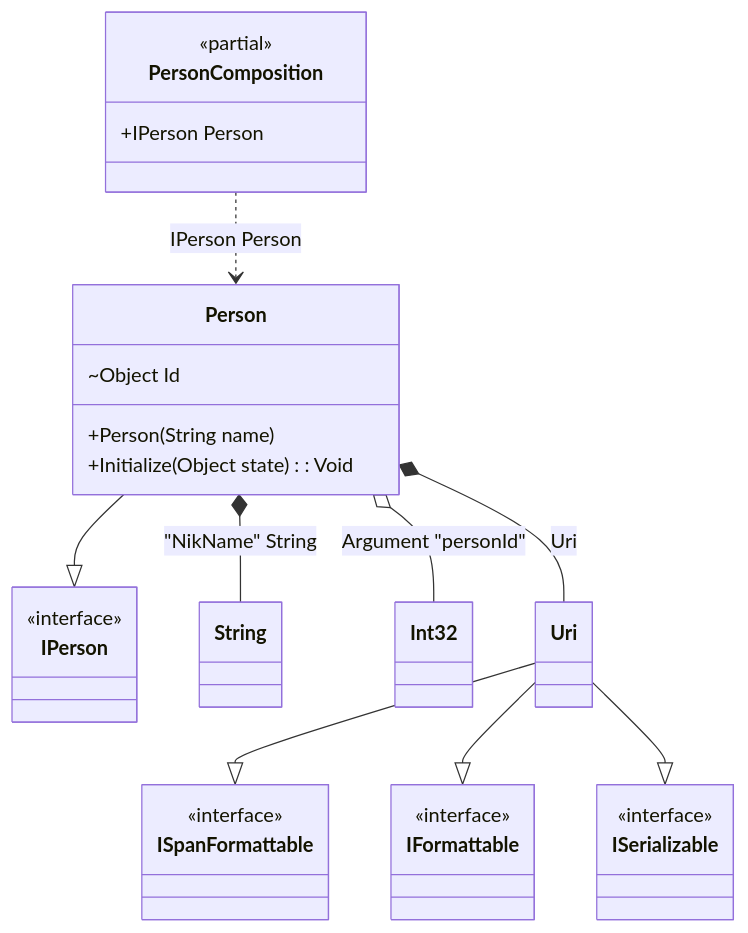
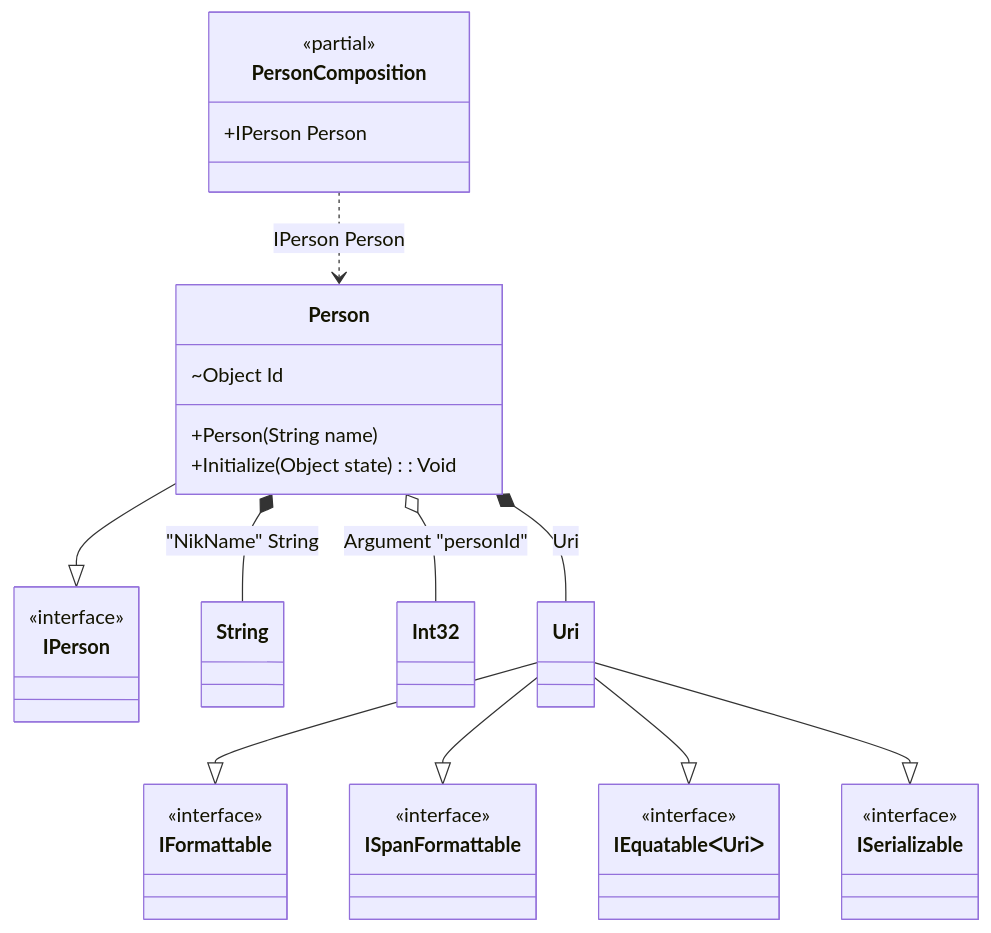
One commit to DevTeam/Pure.DI changed the diagram in readme/custom-attributes.md. Above: the diagram before and after it, drawn with Mermaid. The commit also changed 91 other files, not shown here.

````diff
--- a/readme/custom-attributes.md
+++ b/readme/custom-attributes.md
@@ -111,35 +111,39 @@
 ```mermaid
 classDiagram
 	class PersonComposition {
 		<<partial>>
 		+IPerson Person
 	}
 	Person --|> IPerson
 	class Person {
 		+Person(String name)
 		~Object Id
 		+Initialize(Object state) : Void
 	}
 	class String
 	class Int32
+	Uri --|> IFormattable
 	Uri --|> ISpanFormattable
-	Uri --|> IFormattable
+	Uri --|> IEquatableᐸUriᐳ
 	Uri --|> ISerializable
 	class Uri
 	class IPerson {
 		<<interface>>
 	}
+	class IFormattable {
+		<<interface>>
+	}
 	class ISpanFormattable {
 		<<interface>>
 	}
-	class IFormattable {
+	class IEquatableᐸUriᐳ {
 		<<interface>>
 	}
 	class ISerializable {
 		<<interface>>
 	}
 	PersonComposition ..> Person : IPerson Person
 	Person *--  String : "NikName"  String
 	Person o-- Int32 : Argument "personId"
 	Person *--  Uri : Uri
 ```
````
